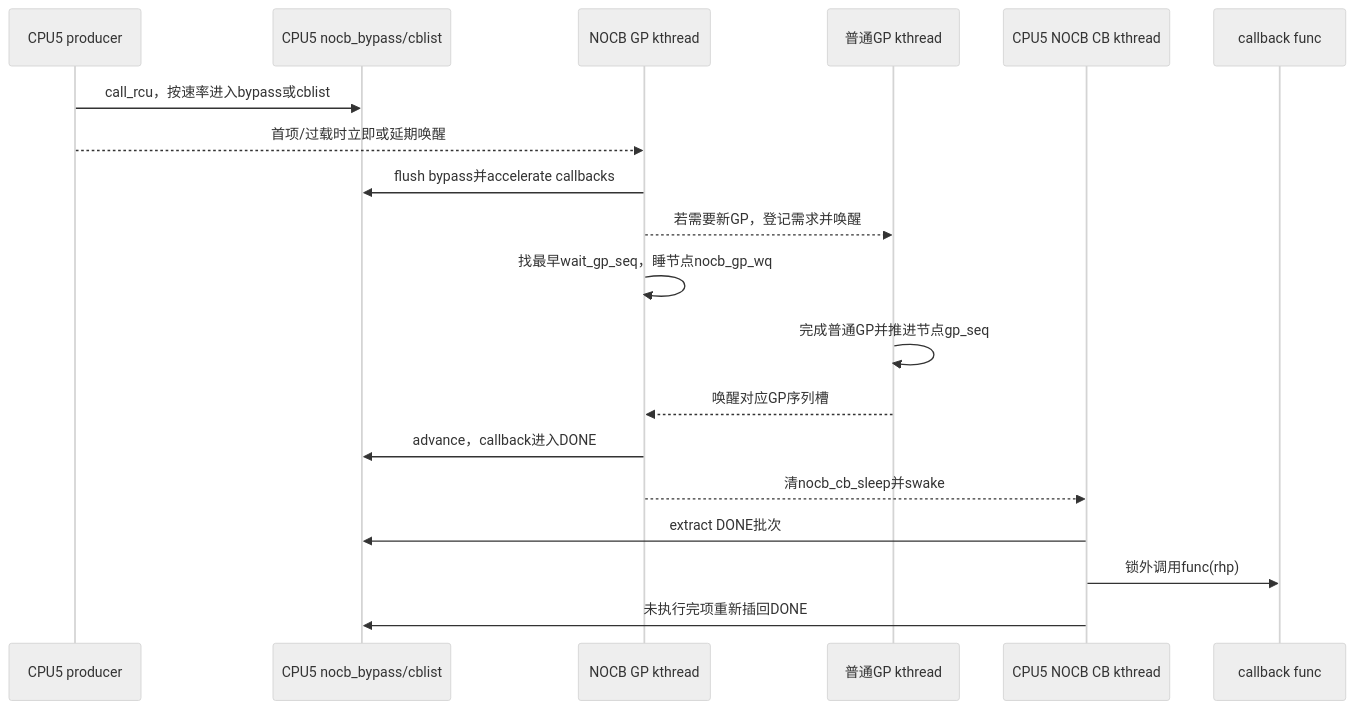
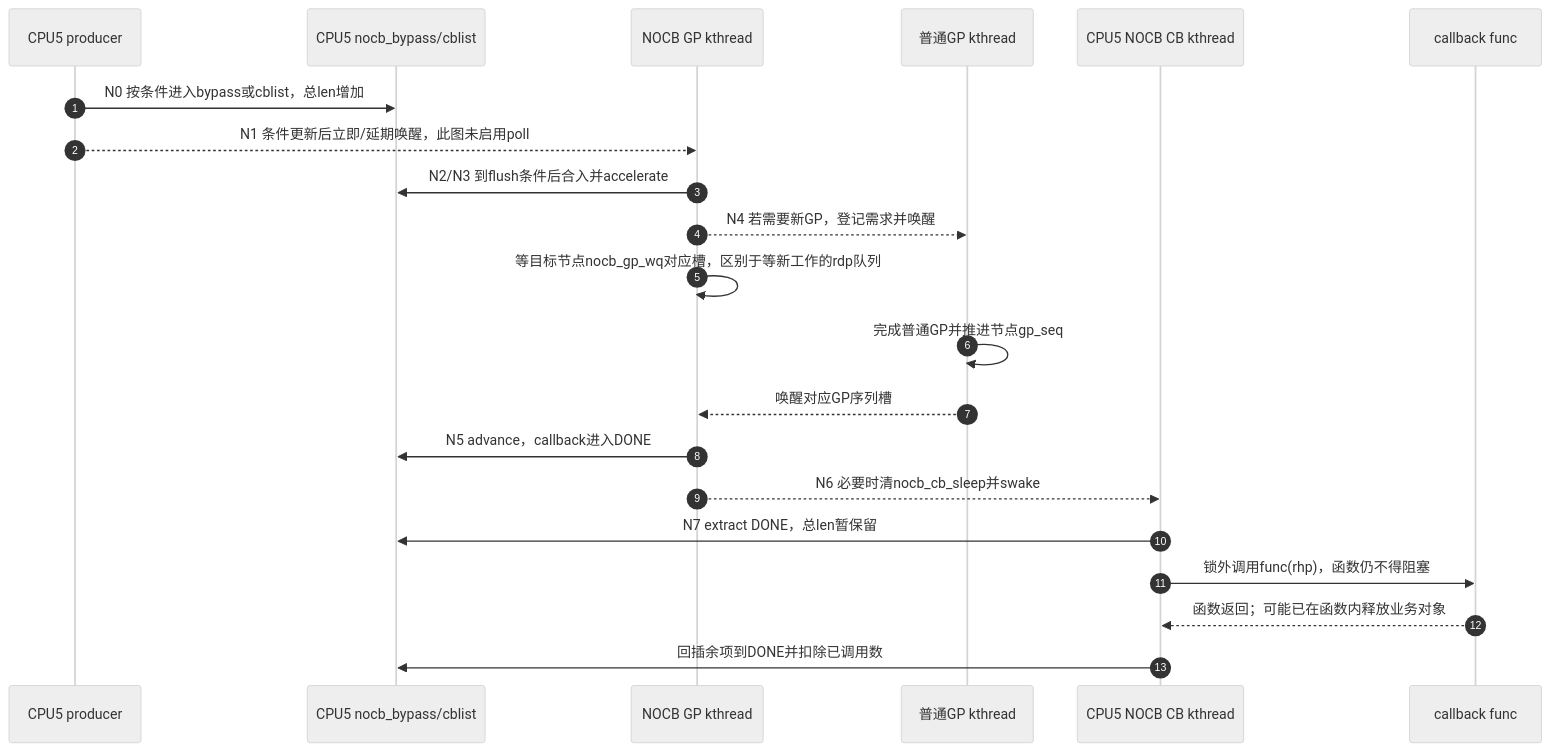
The second of 2 diagrams in research/source_reading/rcu/navigation/P07_Linux_6.12_Tree_RCU_回调与NOCB模块源码概念导读.md (FormingSystem/linux_note), drawn with Mermaid (neutral theme) before and after one commit. The commit also changed other lines of this file and 1 other file, not shown here.

First line of the commit message:
docs(rcu/source): 修正NOCB等待地址与回调计数边界

````diff
--- a/research/source_reading/rcu/navigation/P07_Linux_6.12_Tree_RCU_回调与NOCB模块源码概念导读.md
+++ b/research/source_reading/rcu/navigation/P07_Linux_6.12_Tree_RCU_回调与NOCB模块源码概念导读.md
@@ -149,22 +162,24 @@
 ```mermaid
 sequenceDiagram
+    autonumber
     participant P as CPU5 producer
     participant B as CPU5 nocb_bypass/cblist
     participant G as NOCB GP kthread
     participant R as 普通GP kthread
     participant C as CPU5 NOCB CB kthread
     participant F as callback func
 
-    P->>B: call_rcu，按速率进入bypass或cblist
-    P-->>G: 首项/过载时立即或延期唤醒
-    G->>B: flush bypass并accelerate callbacks
-    G-->>R: 若需要新GP，登记需求并唤醒
-    G->>G: 找最早wait_gp_seq，睡节点nocb_gp_wq
+    P->>B: N0 按条件进入bypass或cblist，总len增加
+    P-->>G: N1 条件更新后立即/延期唤醒，此图未启用poll
+    G->>B: N2/N3 到flush条件后合入并accelerate
+    G-->>R: N4 若需要新GP，登记需求并唤醒
+    G->>G: 等目标节点nocb_gp_wq对应槽，区别于等新工作的rdp队列
     R->>R: 完成普通GP并推进节点gp_seq
     R-->>G: 唤醒对应GP序列槽
-    G->>B: advance，callback进入DONE
-    G-->>C: 清nocb_cb_sleep并swake
-    C->>B: extract DONE批次
-    C->>F: 锁外调用func(rhp)
-    C->>B: 未执行完项重新插回DONE
+    G->>B: N5 advance，callback进入DONE
+    G-->>C: N6 必要时清nocb_cb_sleep并swake
+    C->>B: N7 extract DONE，总len暂保留
+    C->>F: 锁外调用func(rhp)，函数仍不得阻塞
+    F-->>C: 函数返回；可能已在函数内释放业务对象
+    C->>B: 回插余项到DONE并扣除已调用数
 ```
````
